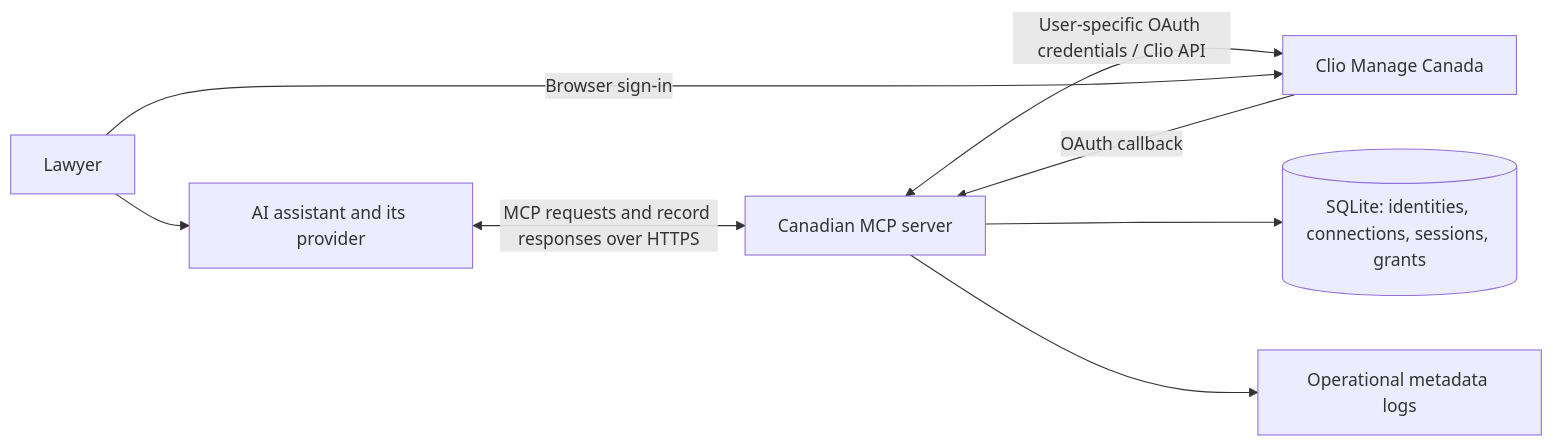
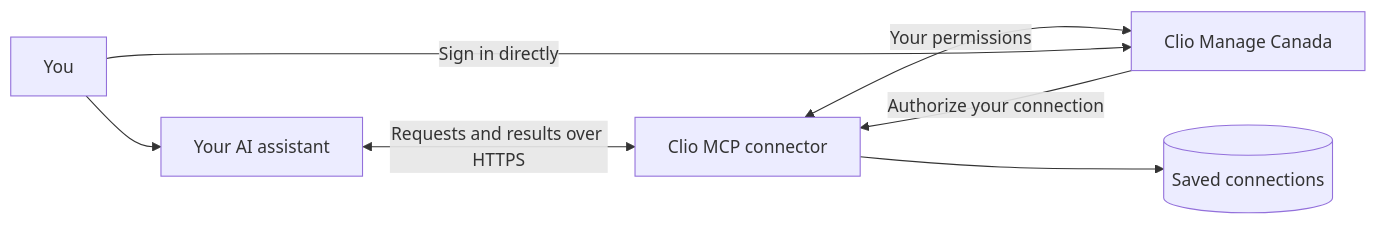
Before and after one commit to nickwang0808/clio-mcp: the diagram in README.md, drawn with Mermaid. The commit also changed other lines of this file and 1 other file, not shown here.

````diff
--- a/README.md
+++ b/README.md
@@ -57,10 +48,9 @@
 ```mermaid
 flowchart LR
-    Person[Lawyer] --> Assistant[AI assistant and its provider]
-    Assistant <-->|MCP requests and record responses over HTTPS| Server[Canadian MCP server]
-    Server <-->|User-specific OAuth credentials / Clio API| Clio[Clio Manage Canada]
-    Server --> Store[(SQLite: identities, connections, sessions, grants)]
-    Server --> Logs[Operational metadata logs]
-    Person -->|Browser sign-in| Clio
-    Clio -->|OAuth callback| Server
+    Person[You] --> Assistant[Your AI assistant]
+    Assistant <-->|Requests and results over HTTPS| Server[Clio MCP connector]
+    Server <-->|Your permissions| Clio[Clio Manage Canada]
+    Server --> Store[(Saved connections)]
+    Person -->|Sign in directly| Clio
+    Clio -->|Authorize your connection| Server
 ```
````
